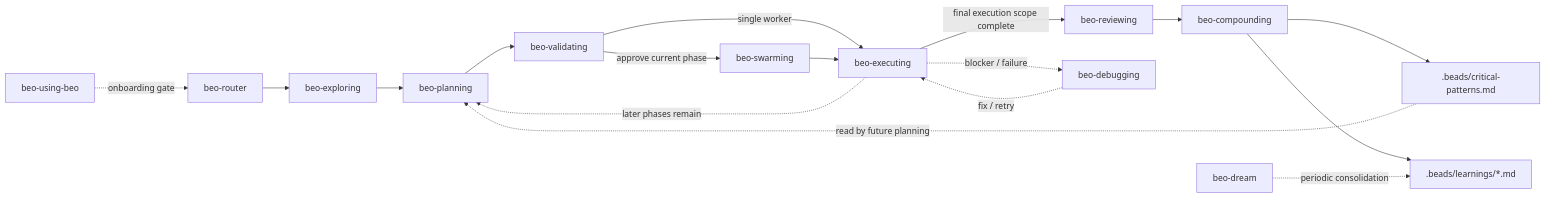
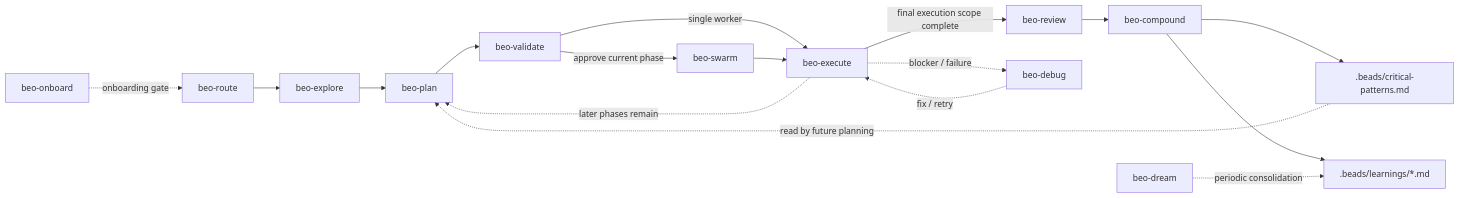
One commit to minhtri2710/skills changed the diagram in README.md. Above: the diagram before and after it, drawn with Mermaid. The commit also changed other lines of this file and 24 other files, not shown here.

````diff
--- a/README.md
+++ b/README.md
@@ -9,23 +9,23 @@
 ```mermaid
 flowchart LR
-    bootstrap[beo-using-beo] -.->|onboarding gate| router[beo-router]
-    router --> exploring[beo-exploring]
-    exploring --> planning[beo-planning]
-    planning --> validating[beo-validating]
+    bootstrap[beo-onboard] -.->|onboarding gate| router[beo-route]
+    router --> exploring[beo-explore]
+    exploring --> planning[beo-plan]
+    planning --> validating[beo-validate]
 
-    validating -->|approve current phase| swarming[beo-swarming]
-    validating -->|single worker| executing[beo-executing]
+    validating -->|approve current phase| swarming[beo-swarm]
+    validating -->|single worker| executing[beo-execute]
     swarming --> executing
 
-    executing -->|final execution scope complete| reviewing[beo-reviewing]
+    executing -->|final execution scope complete| reviewing[beo-review]
     executing -. later phases remain .-> planning
-    reviewing --> compounding[beo-compounding]
+    reviewing --> compounding[beo-compound]
 
-    executing -. blocker / failure .-> debugging[beo-debugging]
+    executing -. blocker / failure .-> debugging[beo-debug]
     debugging -. fix / retry .-> executing
 
     compounding --> critical[.beads/critical-patterns.md]
     critical -. read by future planning .-> planning
     compounding --> learnings[.beads/learnings/*.md]
     dream[beo-dream] -. periodic consolidation .-> learnings
 ```
````
